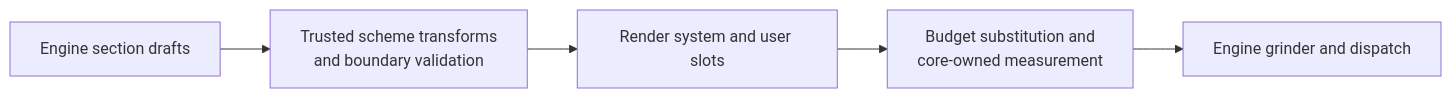
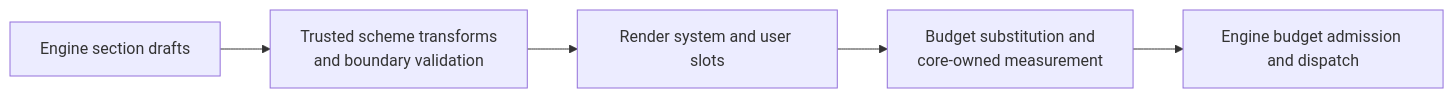
Before and after one commit to plurnk/plurnk-service: diagram 15 of 20 in plurnk-core/SPEC.md, drawn with Mermaid. The commit also changed other lines of this file and 83 other files, not shown here.

````diff
--- a/plurnk-core/SPEC.md
+++ b/plurnk-core/SPEC.md
@@ -2598,7 +2601,7 @@
 ```mermaid
 flowchart LR
     defaults[Engine section drafts] --> transforms[Trusted scheme transforms<br/>and boundary validation]
     transforms --> render[Render system and user slots]
     render --> measure[Budget substitution and<br/>core-owned measurement]
-    measure --> rail[Engine grinder and dispatch]
+    measure --> rail[Engine budget admission and dispatch]
 ```
````
